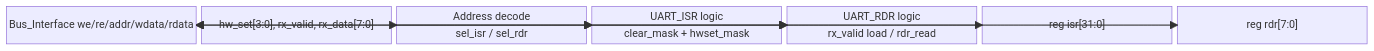
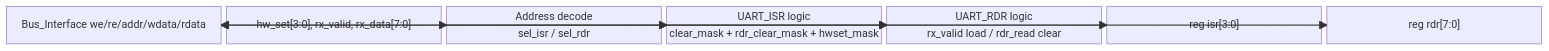
The first of 2 diagrams in .kiro/specs/uart_core/design.md (HashirABD/regspectre), drawn with Mermaid before and after one commit. The commit also changed other lines of this file, not shown here.

````diff
--- a/.kiro/specs/uart_core/design.md
+++ b/.kiro/specs/uart_core/design.md
@@ -120,19 +126,19 @@
 ```mermaid
 block-beta
   Bus["Bus_Interface we/re/addr/wdata/rdata"]
   HW["hw_set[3:0], rx_valid, rx_data[7:0]"]
   Decode["Address decode\nsel_isr / sel_rdr"]
-  ISRL["UART_ISR logic\nclear_mask + hwset_mask"]
-  RDRL["UART_RDR logic\nrx_valid load / rdr_read"]
-  ISR["reg isr[31:0]"]
+  ISRL["UART_ISR logic\nclear_mask + rdr_clear_mask + hwset_mask"]
+  RDRL["UART_RDR logic\nrx_valid load / rdr_read clear"]
+  ISR["reg isr[3:0]"]
   RDR["reg rdr[7:0]"]
   Bus --> Decode
   HW --> ISRL
   HW --> RDRL
   Decode --> ISRL
   Decode --> RDRL
   ISRL --> ISR
   RDRL --> RDR
   ISR --> Bus
   RDR --> Bus
 ```
````
